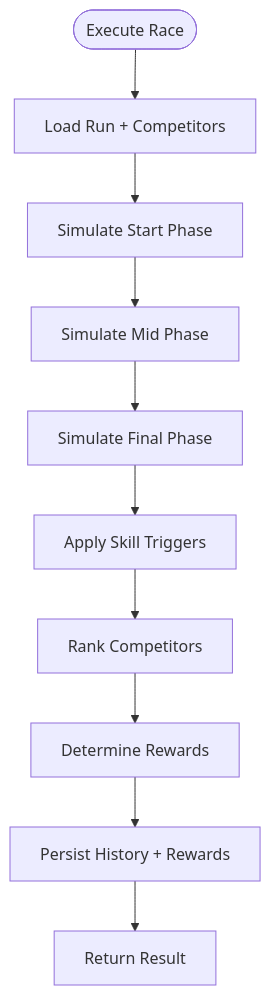
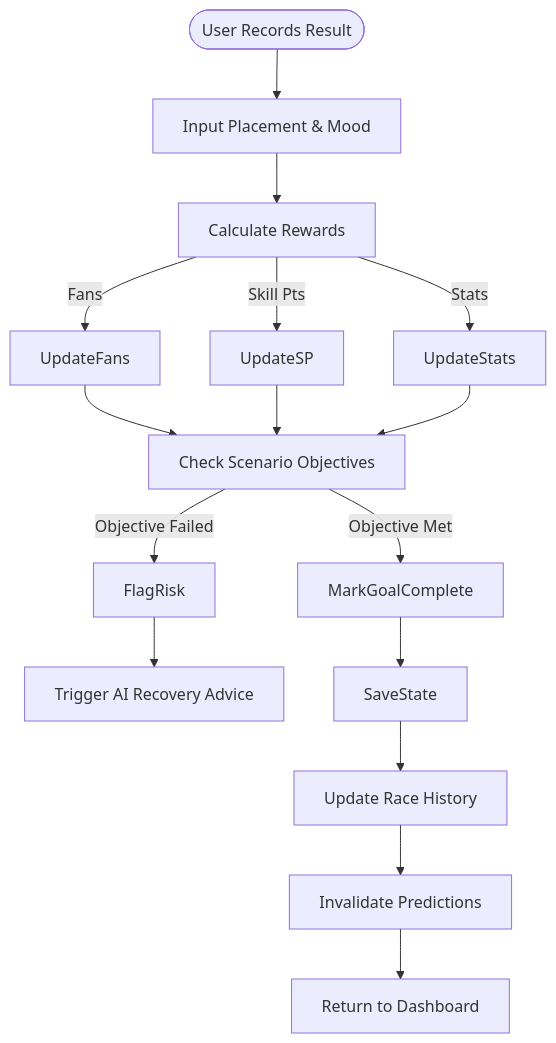
One commit to exatfrds67/umamusume-career-planner changed the second of 5 diagrams in docs/01-flows/FLOW-003_Race_Strategy_System.md. Above: the diagram before and after it, drawn with Mermaid. The commit also changed other lines of this file and 67 other files, not shown here.

````diff
--- a/docs/01-flows/FLOW-003_Race_Strategy_System.md
+++ b/docs/01-flows/FLOW-003_Race_Strategy_System.md
@@ -31,12 +51,24 @@
 ```mermaid
 flowchart TD
-    Start([Execute Race]) --> LoadContext[Load Run + Competitors]
-    LoadContext --> SimStart[Simulate Start Phase]
-    SimStart --> SimMid[Simulate Mid Phase]
-    SimMid --> SimFinal[Simulate Final Phase]
-    SimFinal --> ApplySkills[Apply Skill Triggers]
-    ApplySkills --> RankCompetitors[Rank Competitors]
-    RankCompetitors --> DetermineRewards[Determine Rewards]
-    DetermineRewards --> Persist[Persist History + Rewards]
-    Persist --> ReturnResult[Return Result]
+    Start([User Records Result]) --> InputResult[Input Placement & Mood]
+    
+    InputResult --> CalcRewards[Calculate Rewards]
+    CalcRewards -->|Fans| UpdateFans
+    CalcRewards -->|Skill Pts| UpdateSP
+    CalcRewards -->|Stats| UpdateStats
+    
+    UpdateFans --> CheckObjectives[Check Scenario Objectives]
+    UpdateSP --> CheckObjectives
+    UpdateStats --> CheckObjectives
+    
+    CheckObjectives -->|Objective Met| MarkGoalComplete
+    CheckObjectives -->|Objective Failed| FlagRisk
+    
+    FlagRisk --> AIAdvice[Trigger AI Recovery Advice]
+    MarkGoalComplete --> SaveState
+    
+    SaveState --> UpdateHistory[Update Race History]
+    UpdateHistory --> InvalidateCache[Invalidate Predictions]
+    
+    InvalidateCache --> ReturnDashboard[Return to Dashboard]
 ```
````
